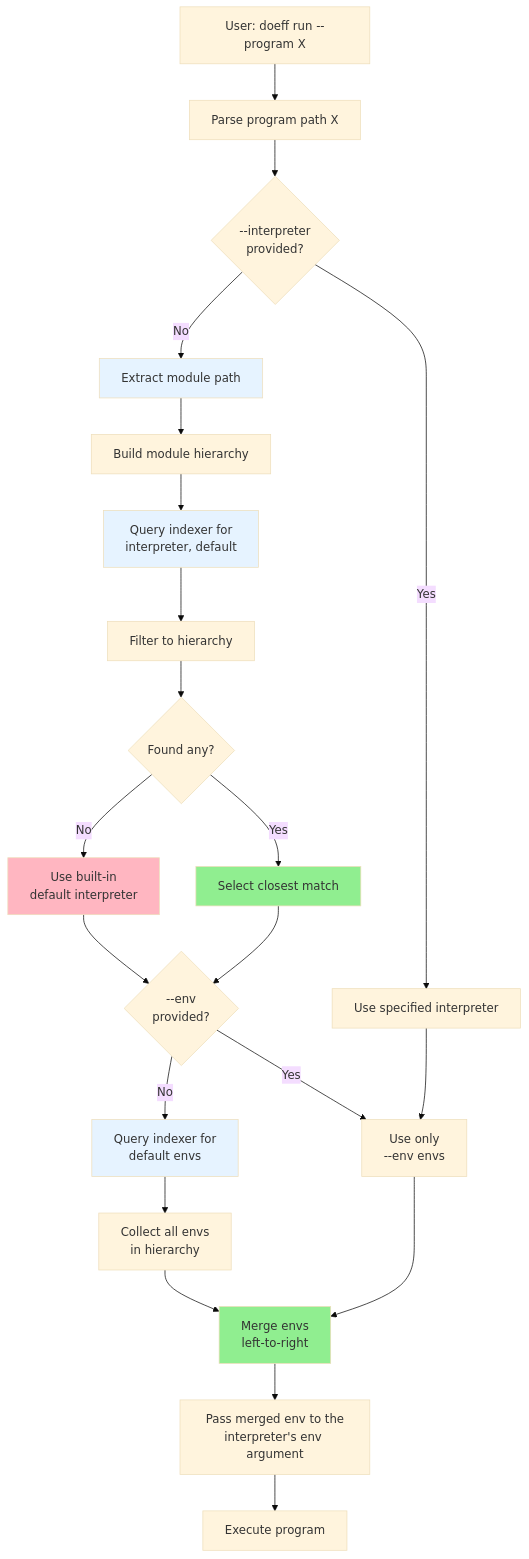
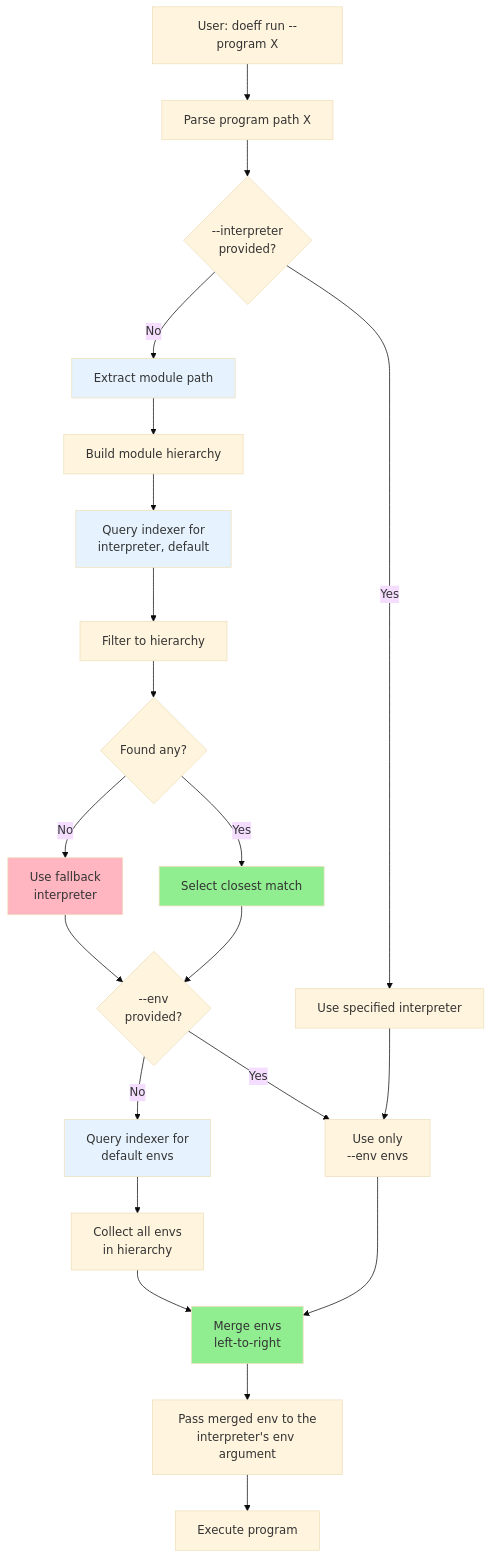
Before and after one commit to proboscis/doeff: the fifth of 6 diagrams in docs/14-cli-auto-discovery.md, drawn with Mermaid (base theme). The commit also changed other lines of this file and 38 other files, not shown here.

````diff
--- a/docs/14-cli-auto-discovery.md
+++ b/docs/14-cli-auto-discovery.md
@@ -529,30 +529,30 @@
 ```mermaid
 graph TB
     Start[User: doeff run --program X] --> A[Parse program path X]
     A --> B{--interpreter<br/>provided?}
     B -->|Yes| C[Use specified interpreter]
     B -->|No| D[Extract module path]
     D --> E[Build module hierarchy]
     E --> F[Query indexer for<br/>interpreter, default]
     F --> I[Filter to hierarchy]
     I --> G{Found any?}
-    G -->|No| H[Use built-in<br/>default interpreter]
+    G -->|No| H[Use fallback<br/>interpreter]
     G -->|Yes| J[Select closest match]
     H --> Q{--env<br/>provided?}
     J --> Q
     Q -->|No| L[Query indexer for<br/>default envs]
     Q -->|Yes| R[Use only<br/>--env envs]
     C --> R
     L --> M[Collect all envs<br/>in hierarchy]
     M --> N[Merge envs<br/>left-to-right]
     R --> N
     N --> O[Pass merged env to the<br/>interpreter's env argument]
     O --> P[Execute program]
 
     style D fill:#E6F3FF
     style F fill:#E6F3FF
     style L fill:#E6F3FF
     style J fill:#90EE90
     style N fill:#90EE90
     style H fill:#FFB6C1
 ```
````
